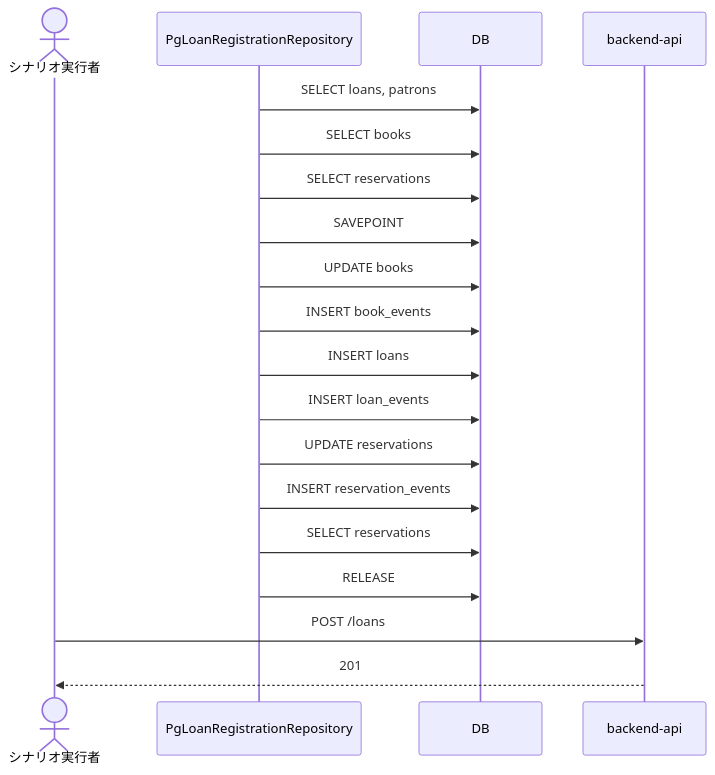
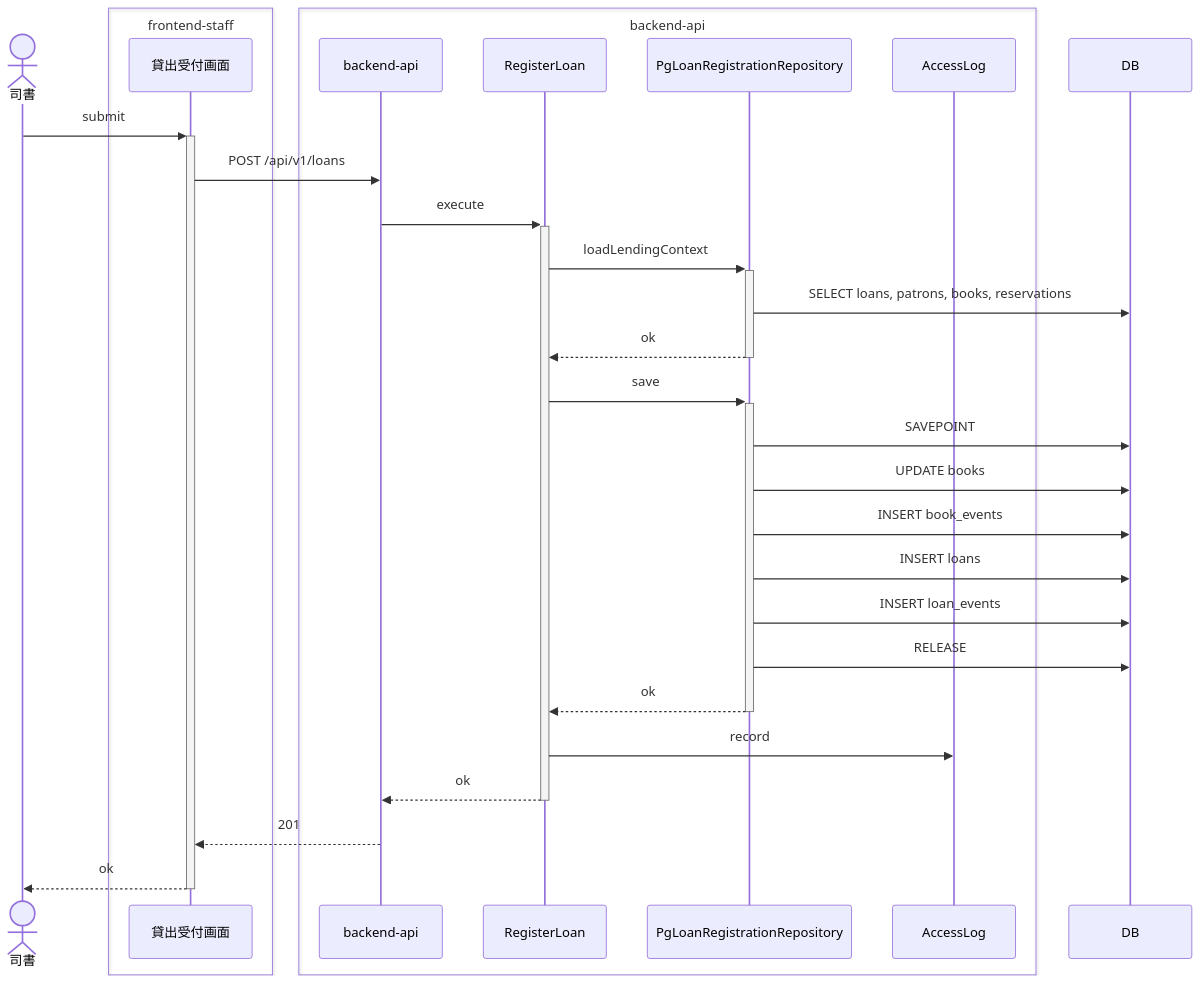
The sixth of 9 diagrams in samples/distillery2/library-loan/docs/as-built/貸出業務/貸出を登録する/sequence.md (suwa-sh/suwa-sh-claude-plugins), drawn with Mermaid before and after one commit. The commit also changed other lines of this file and 64 other files, not shown here.

First line of the commit message:
feat(distillery2): as-built を読者の順に組み替え、e2e シーケンス図とデータフロー図を追加 (0.1.5)

````diff
--- a/samples/distillery2/library-loan/docs/as-built/貸出業務/貸出を登録する/sequence.md
+++ b/samples/distillery2/library-loan/docs/as-built/貸出業務/貸出を登録する/sequence.md
@@ -88,21 +150,32 @@
 ```mermaid
 sequenceDiagram
-    actor p0________ as シナリオ実行者
-    participant p1_PgLoanRegistrationRepository as PgLoanRegistrationRepository
-    participant p2_DB as DB
-    participant p3_backend_api as backend-api
-    p1_PgLoanRegistrationRepository->>p2_DB: SELECT loans, patrons
-    p1_PgLoanRegistrationRepository->>p2_DB: SELECT books
-    p1_PgLoanRegistrationRepository->>p2_DB: SELECT reservations
-    p1_PgLoanRegistrationRepository->>p2_DB: SAVEPOINT
-    p1_PgLoanRegistrationRepository->>p2_DB: UPDATE books
-    p1_PgLoanRegistrationRepository->>p2_DB: INSERT book_events
-    p1_PgLoanRegistrationRepository->>p2_DB: INSERT loans
-    p1_PgLoanRegistrationRepository->>p2_DB: INSERT loan_events
-    p1_PgLoanRegistrationRepository->>p2_DB: UPDATE reservations
-    p1_PgLoanRegistrationRepository->>p2_DB: INSERT reservation_events
-    p1_PgLoanRegistrationRepository->>p2_DB: SELECT reservations
-    p1_PgLoanRegistrationRepository->>p2_DB: RELEASE
-    p0________->>p3_backend_api: POST /loans
-    p3_backend_api-->>p0________: 201
+    actor p0 as 司書
+    box transparent frontend-staff
+        participant p1 as 貸出受付画面
+    end
+    box transparent backend-api
+        participant p2 as backend-api
+        participant p3 as RegisterLoan
+        participant p4 as PgLoanRegistrationRepository
+        participant p6 as AccessLog
+    end
+    participant p5 as DB
+    p0->>+p1: submit
+    p1->>p2: POST /api/v1/loans
+    p2->>+p3: execute
+    p3->>+p4: loadLendingContext
+    p4->>p5: SELECT loans, patrons, books, reservations
+    p4-->>-p3: ok
+    p3->>+p4: save
+    p4->>p5: SAVEPOINT
+    p4->>p5: UPDATE books
+    p4->>p5: INSERT book_events
+    p4->>p5: INSERT loans
+    p4->>p5: INSERT loan_events
+    p4->>p5: RELEASE
+    p4-->>-p3: ok
+    p3->>p6: record
+    p3-->>-p2: ok
+    p2-->>p1: 201
+    p1-->>-p0: ok
 ```
````
